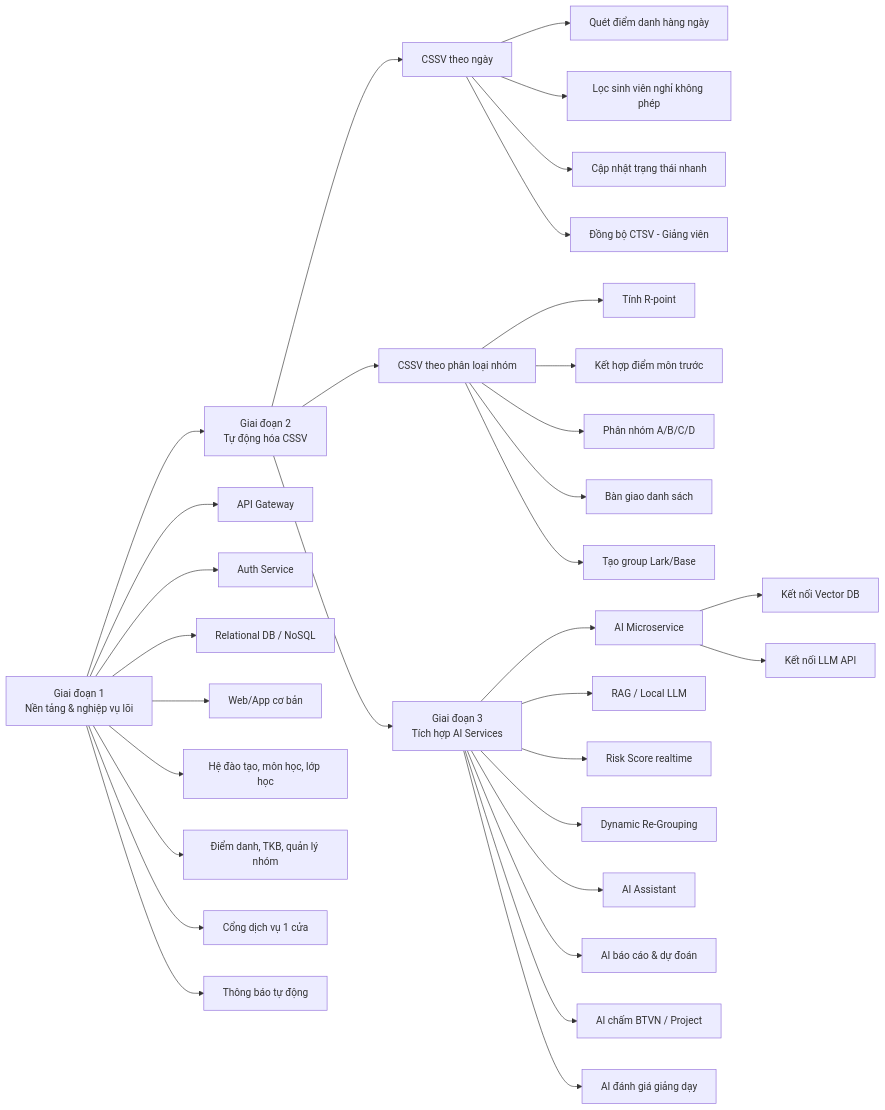
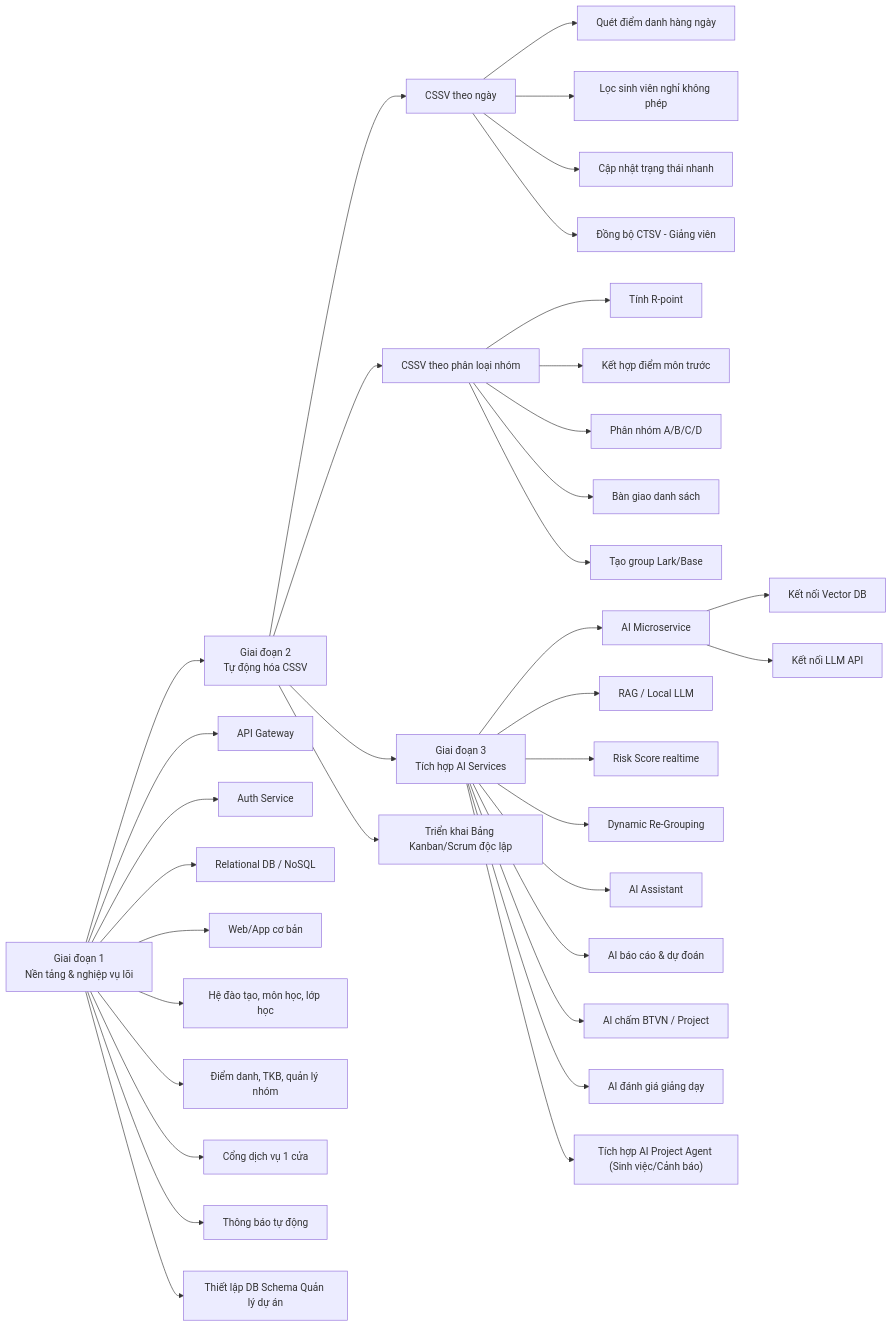
One commit to DuowngM/Bao_cao changed the third of 7 diagrams in so-do-chuc-nang-lms-ai.md. Above: the diagram before and after it, drawn with Mermaid. The commit also changed other lines of this file, not shown here.

````diff
--- a/so-do-chuc-nang-lms-ai.md
+++ b/so-do-chuc-nang-lms-ai.md
@@ -99,38 +126,41 @@
 ```mermaid
 flowchart LR
   P1["Giai đoạn 1<br/>Nền tảng & nghiệp vụ lõi"] --> P2["Giai đoạn 2<br/>Tự động hóa CSSV"]
   P2 --> P3["Giai đoạn 3<br/>Tích hợp AI Services"]
 
   P1 --> P1A["API Gateway"]
   P1 --> P1B["Auth Service"]
   P1 --> P1C["Relational DB / NoSQL"]
   P1 --> P1D["Web/App cơ bản"]
   P1 --> P1E["Hệ đào tạo, môn học, lớp học"]
   P1 --> P1F["Điểm danh, TKB, quản lý nhóm"]
   P1 --> P1G["Cổng dịch vụ 1 cửa"]
   P1 --> P1H["Thông báo tự động"]
+  P1 --> P1I["Thiết lập DB Schema Quản lý dự án"]
 
   P2 --> P2A["CSSV theo ngày"]
   P2A --> P2A1["Quét điểm danh hàng ngày"]
   P2A --> P2A2["Lọc sinh viên nghỉ không phép"]
   P2A --> P2A3["Cập nhật trạng thái nhanh"]
   P2A --> P2A4["Đồng bộ CTSV - Giảng viên"]
 
   P2 --> P2B["CSSV theo phân loại nhóm"]
   P2B --> P2B1["Tính R-point"]
   P2B --> P2B2["Kết hợp điểm môn trước"]
   P2B --> P2B3["Phân nhóm A/B/C/D"]
   P2B --> P2B4["Bàn giao danh sách"]
   P2B --> P2B5["Tạo group Lark/Base"]
+  P2 --> P2C["Triển khai Bảng Kanban/Scrum độc lập"]
 
   P3 --> P3A["AI Microservice"]
   P3A --> P3A1["Kết nối Vector DB"]
   P3A --> P3A2["Kết nối LLM API"]
   P3 --> P3B["RAG / Local LLM"]
   P3 --> P3C["Risk Score realtime"]
   P3 --> P3D["Dynamic Re-Grouping"]
   P3 --> P3E["AI Assistant"]
   P3 --> P3F["AI báo cáo & dự đoán"]
   P3 --> P3G["AI chấm BTVN / Project"]
   P3 --> P3H["AI đánh giá giảng dạy"]
+  P3 --> P3I["Tích hợp AI Project Agent (Sinh việc/Cảnh báo)"]
 ```
````
